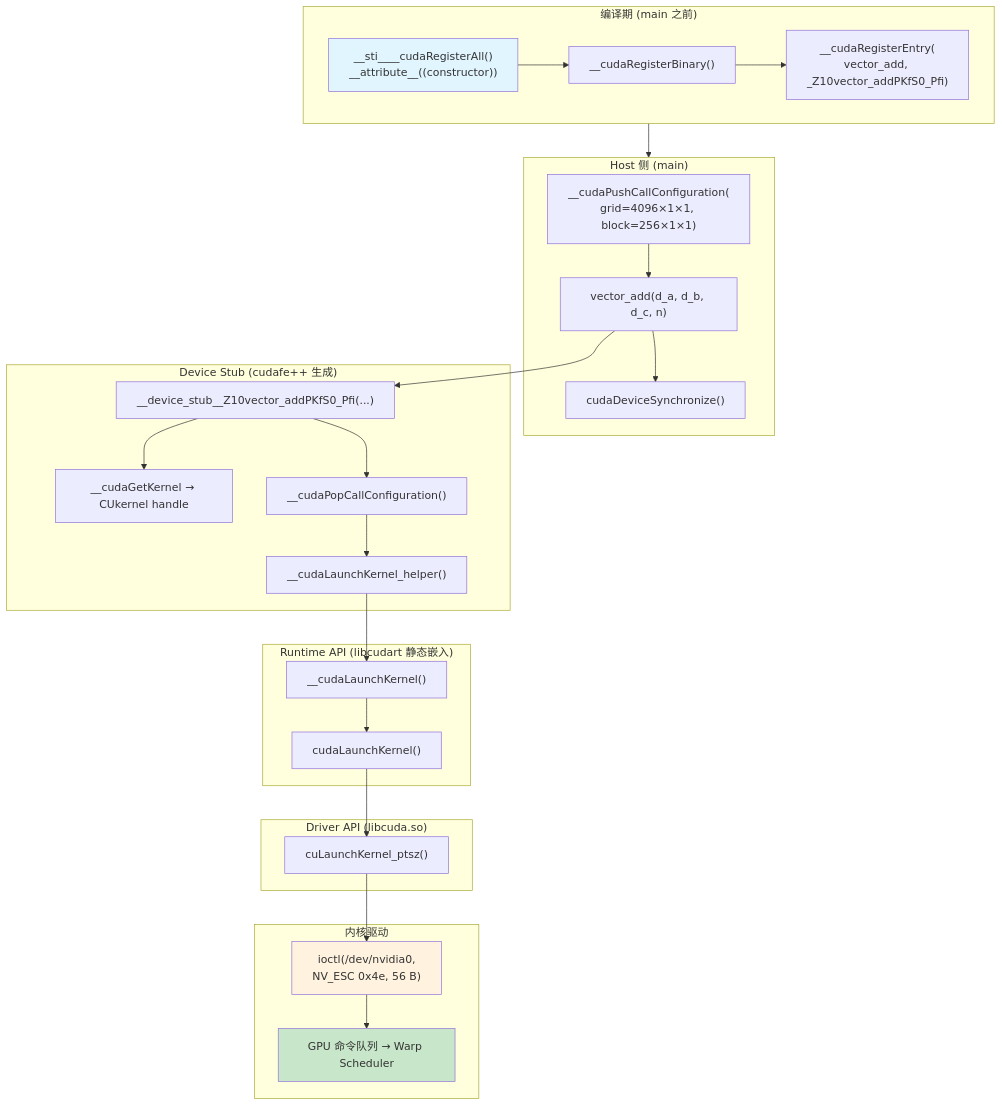
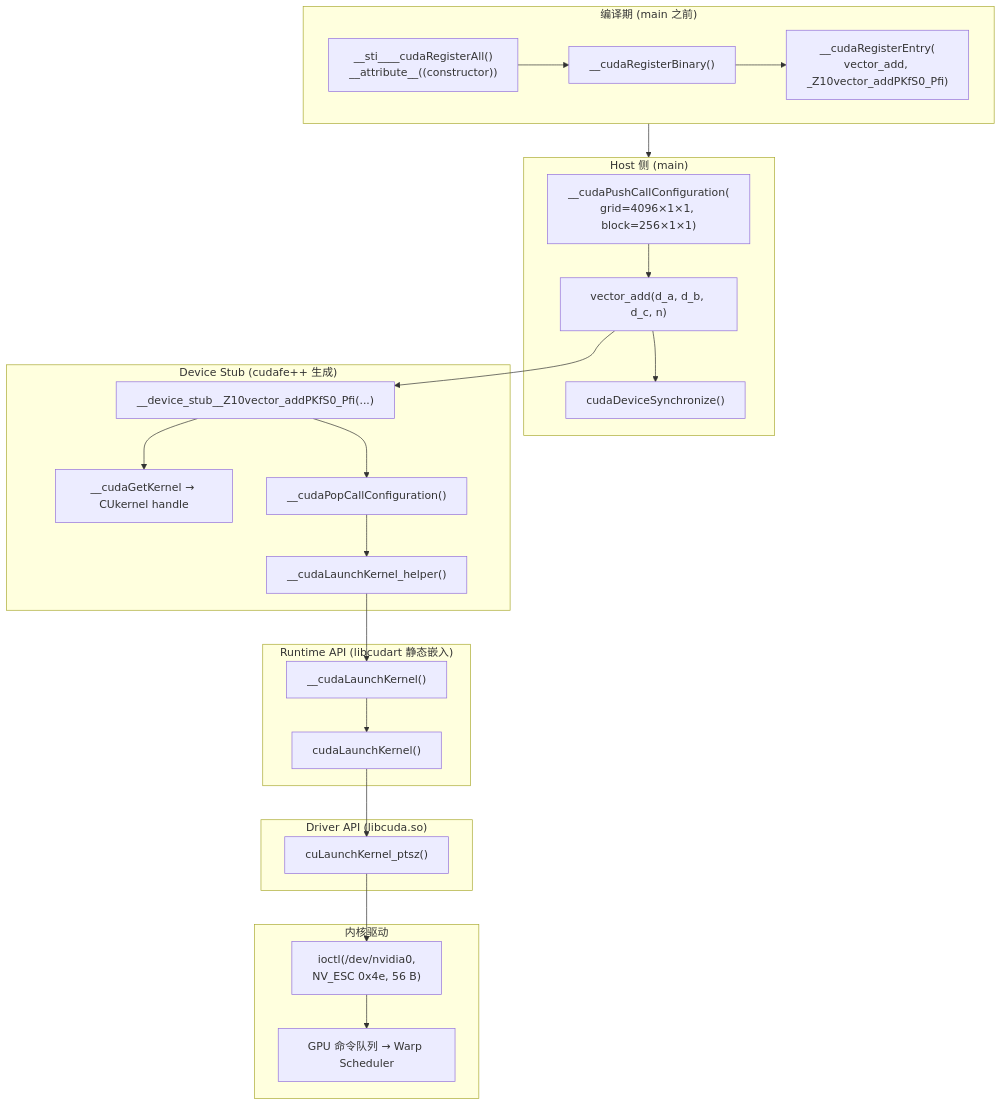
One commit to noisystreet/deep_dive_into_cuda changed the diagram in source/_static/kernel_launch_call_stack.mmd. Above: the diagram before and after it, drawn with Mermaid. The commit also changed 26 other files, not shown here.

First line of the commit message:
Mermaid 图统一黑白样式：去除节点彩色色块

```diff
--- a/source/_static/kernel_launch_call_stack.mmd
+++ b/source/_static/kernel_launch_call_stack.mmd
@@ -1,47 +1,43 @@
 flowchart TD
     subgraph compile["编译期 (main 之前)"]
         REG["__sti____cudaRegisterAll()<br/>__attribute__((constructor))"]
         RF["__cudaRegisterBinary()"]
         RE["__cudaRegisterEntry(<br/>vector_add, _Z10vector_addPKfS0_Pfi)"]
         REG --> RF --> RE
     end
 
     subgraph host["Host 侧 (main)"]
         PUSH["__cudaPushCallConfiguration(<br/>grid=4096×1×1, block=256×1×1)"]
         WRAP["vector_add(d_a, d_b, d_c, n)"]
         SYNC["cudaDeviceSynchronize()"]
         PUSH --> WRAP --> SYNC
     end
 
     subgraph stub["Device Stub (cudafe++ 生成)"]
         STUB["__device_stub__Z10vector_addPKfS0_Pfi(...)"]
         GK["__cudaGetKernel → CUkernel handle"]
         POP["__cudaPopCallConfiguration()"]
         HELP["__cudaLaunchKernel_helper()"]
         STUB --> GK
         STUB --> POP --> HELP
     end
 
     subgraph runtime["Runtime API (libcudart 静态嵌入)"]
         CLK["__cudaLaunchKernel()"]
         CLK2["cudaLaunchKernel()"]
         HELP --> CLK --> CLK2
     end
 
     subgraph driver["Driver API (libcuda.so)"]
         CU["cuLaunchKernel_ptsz()"]
         CLK2 --> CU
     end
 
     subgraph kernel["内核驱动"]
         IOCTL["ioctl(/dev/nvidia0,<br/>NV_ESC 0x4e, 56 B)"]
         GPU["GPU 命令队列 → Warp Scheduler"]
         CU --> IOCTL --> GPU
     end
 
     compile --> host
     WRAP --> STUB
-
-    style REG fill:#e1f5fe
-    style IOCTL fill:#fff3e0
-    style GPU fill:#c8e6c9
```
